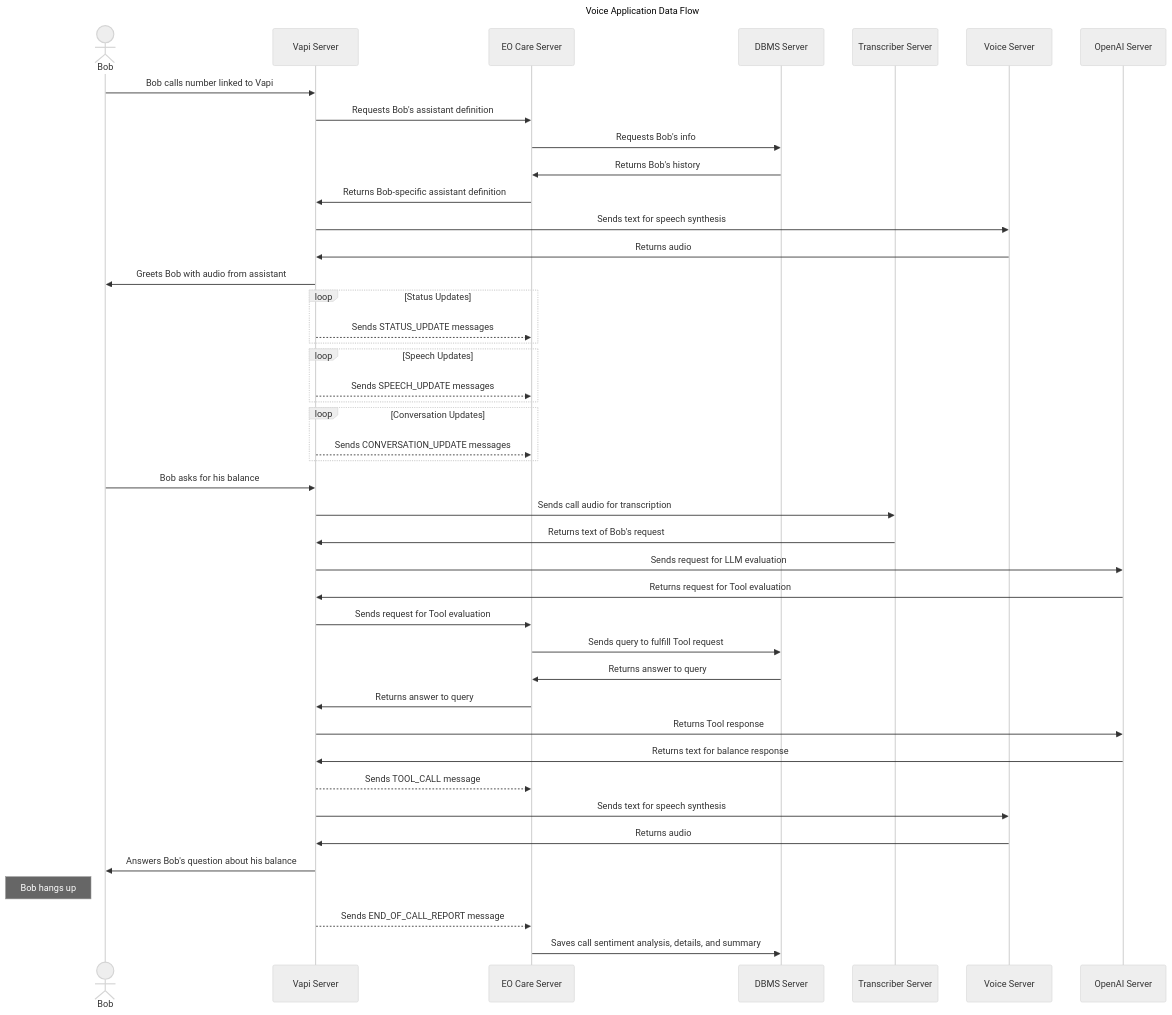
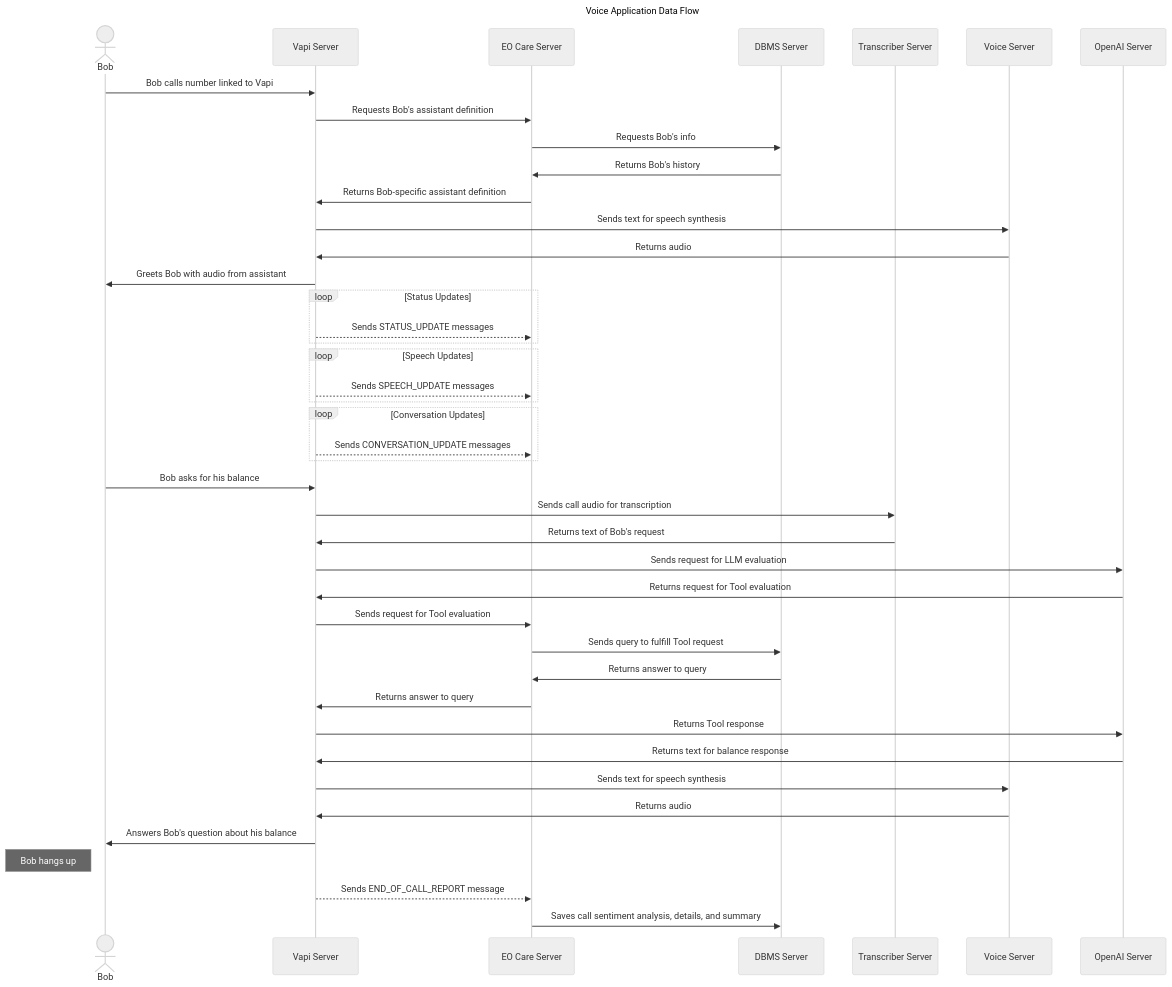
Before and after one commit to mattbobambrose/vapi4k: the diagram in docs/Call-Flow.mmd, drawn with Mermaid (neutral theme). The commit also changed 20 other files, not shown here.

```diff
--- a/docs/Call-Flow.mmd
+++ b/docs/Call-Flow.mmd
@@ -1,46 +1,46 @@
 sequenceDiagram
     title Voice Application Data Flow
     actor Bob
     participant vapi as Vapi Server
     participant eocare as EO Care Server
     participant dbms as DBMS Server
     participant transcriber as Transcriber Server
     participant voice as Voice Server
     participant openai as OpenAI Server
     Bob ->> vapi: Bob calls number linked to Vapi
     vapi ->> eocare: Requests Bob's assistant definition
     eocare ->> dbms: Requests Bob's info
     dbms ->> eocare: Returns Bob's history
     eocare ->> vapi: Returns Bob-specific assistant definition
     vapi ->> voice: Sends text for speech synthesis
     voice ->> vapi: Returns audio
     vapi ->> Bob: Greets Bob with audio from assistant
 
     loop Status Updates
         vapi -->> eocare: Sends STATUS_UPDATE messages
     end
     loop Speech Updates
         vapi -->> eocare: Sends SPEECH_UPDATE messages
     end
     loop Conversation Updates
         vapi -->> eocare: Sends CONVERSATION_UPDATE messages
     end
 
     Bob ->> vapi: Bob asks for his balance
     vapi ->> transcriber: Sends call audio for transcription
     transcriber ->> vapi: Returns text of Bob's request
     vapi ->> openai: Sends request for LLM evaluation
     openai ->> vapi: Returns request for Tool evaluation
     vapi ->> eocare: Sends request for Tool evaluation
     eocare ->> dbms: Sends query to fulfill Tool request
     dbms ->> eocare: Returns answer to query
     eocare ->> vapi: Returns answer to query
     vapi ->> openai: Returns Tool response
     openai ->> vapi: Returns text for balance response
-    vapi -->> eocare: Sends TOOL_CALL message
+%%    vapi -->> eocare: Sends TOOL_CALL message
     vapi ->> voice: Sends text for speech synthesis
     voice ->> vapi: Returns audio
     vapi ->> Bob: Answers Bob's question about his balance
     Note left of Bob: Bob hangs up
     vapi -->> eocare: Sends END_OF_CALL_REPORT message
     eocare ->> dbms: Saves call sentiment analysis, details, and summary
```
